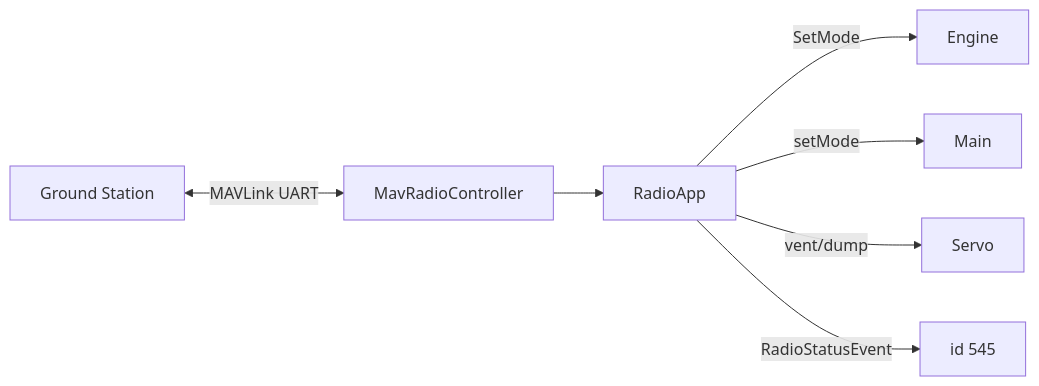
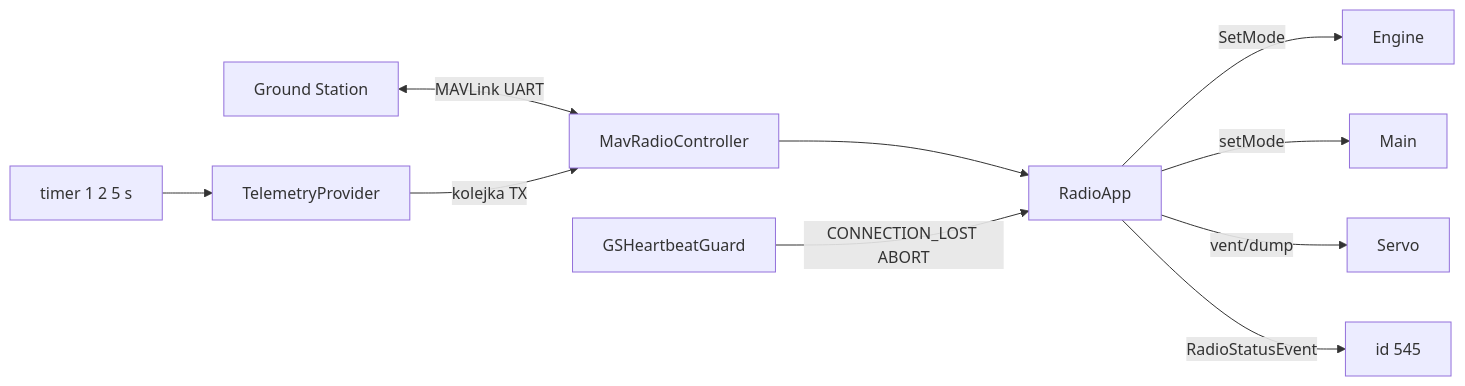
The first of 3 diagrams in apps/ec/radio_service/README.md (Simba-Avionic/srp), drawn with Mermaid before and after one commit. The commit also changed other lines of this file, not shown here.

````diff
--- a/apps/ec/radio_service/README.md
+++ b/apps/ec/radio_service/README.md
@@ -22,9 +22,12 @@
 ```mermaid
 flowchart LR
   GS[Ground Station] <-->|MAVLink UART| RC[MavRadioController]
   RC --> App[RadioApp]
   App -->|SetMode| Engine
   App -->|setMode| Main
   App -->|vent/dump| Servo
   App -->|RadioStatusEvent| SOMEIP[id 545]
+  Guard[GSHeartbeatGuard] -->|CONNECTION_LOST ABORT| App
+  Timer[timer 1 2 5 s] --> TP[TelemetryProvider]
+  TP -->|kolejka TX| RC
 ```
````
